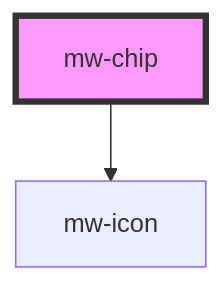
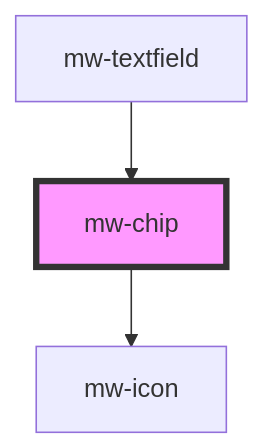
One commit to MaibornWolff/mwui changed the diagram in mwui-stencil/src/components/mw-chip/readme.md. Above: the diagram before and after it, drawn with Mermaid. The commit also changed other lines of this file and 8 other files, not shown here.

````diff
--- a/mwui-stencil/src/components/mw-chip/readme.md
+++ b/mwui-stencil/src/components/mw-chip/readme.md
@@ -29,5 +34,6 @@
 ```mermaid
 graph TD;
   mw-chip --> mw-icon
+  mw-textfield --> mw-chip
   style mw-chip fill:#f9f,stroke:#333,stroke-width:4px
 ```
````
